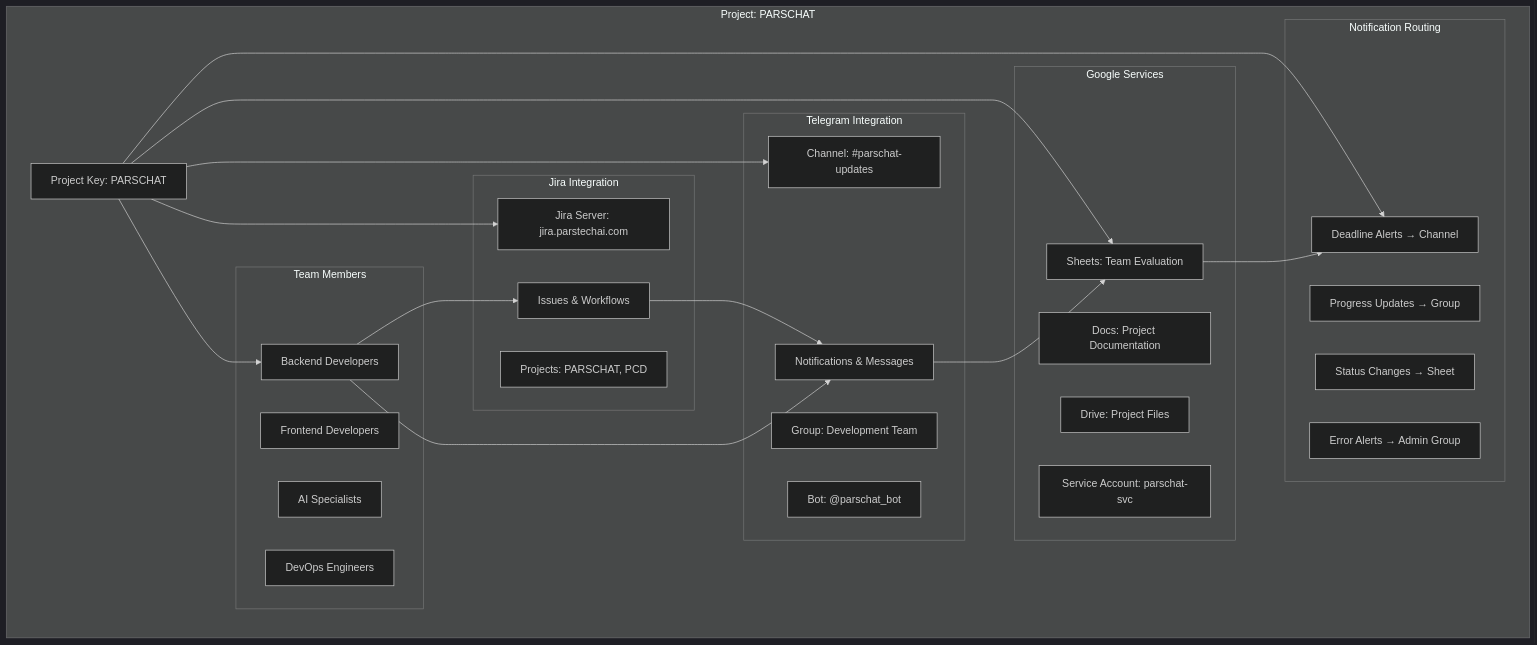
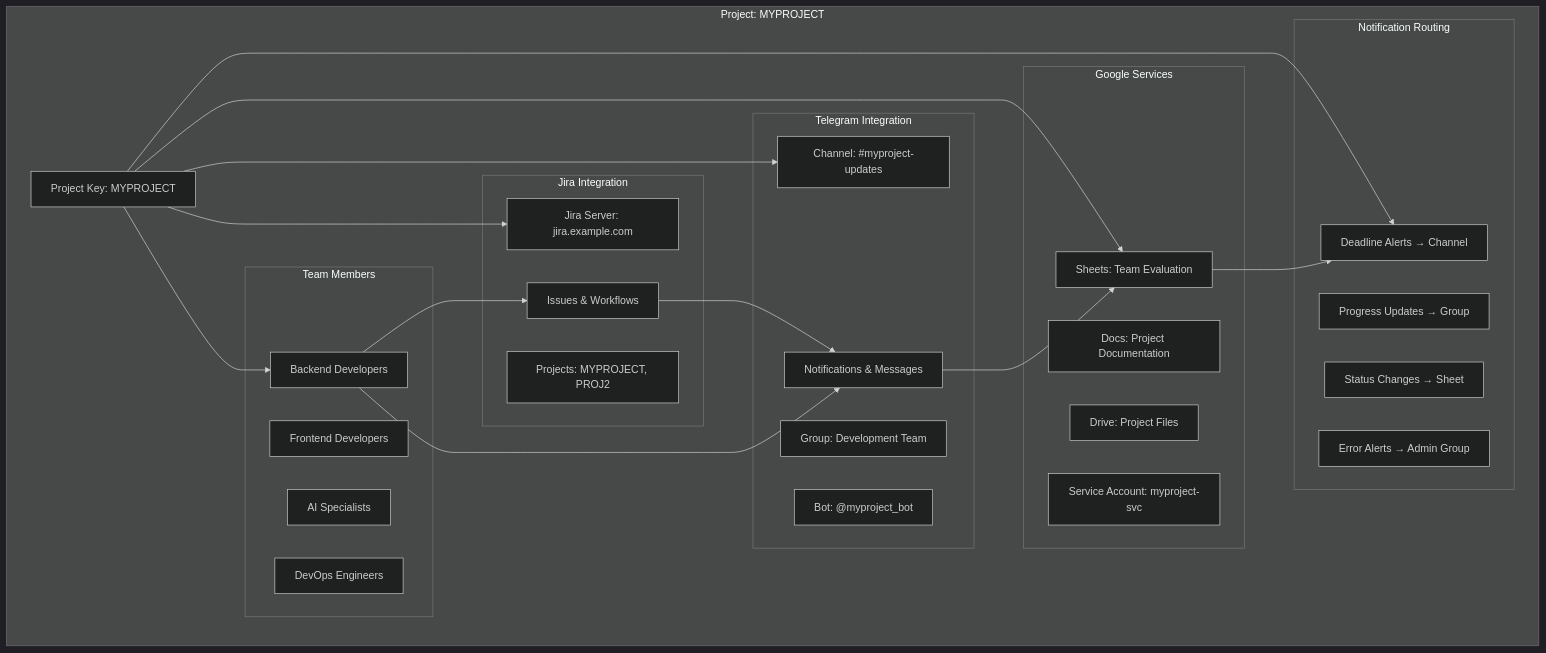
The fourth of 9 diagrams in docs/infrastructure/mongodb/mongodb-database-ecosystem.md (alikaz3mi/jira-telegram-bot), drawn with Mermaid (dark theme) before and after one commit. The commit also changed other lines of this file and 80 other files, not shown here.

First line of the commit message:
Refactor project key references

````diff
--- a/docs/infrastructure/mongodb/mongodb-database-ecosystem.md
+++ b/docs/infrastructure/mongodb/mongodb-database-ecosystem.md
@@ -241,52 +241,52 @@
 ```mermaid
 graph TB
-    subgraph "Project: PARSCHAT"
-        P1[Project Key: PARSCHAT]
+    subgraph "Project: MYPROJECT"
+        P1[Project Key: MYPROJECT]
 
         subgraph "Jira Integration"
-            J1[Jira Server: jira.parstechai.com]
-            J2[Projects: PARSCHAT, PCD]
+            J1[Jira Server: jira.example.com]
+            J2[Projects: MYPROJECT, PROJ2]
             J3[Issues & Workflows]
         end
 
         subgraph "Telegram Integration"
-            T1[Channel: #parschat-updates]
+            T1[Channel: #myproject-updates]
             T2[Group: Development Team]
-            T3[Bot: @parschat_bot]
+            T3[Bot: @myproject_bot]
             T4[Notifications & Messages]
         end
 
         subgraph "Google Services"
             G1[Sheets: Team Evaluation]
             G2[Docs: Project Documentation]
             G3[Drive: Project Files]
-            G4[Service Account: parschat-svc]
+            G4[Service Account: myproject-svc]
         end
 
         subgraph "Team Members"
             U1[Backend Developers]
             U2[Frontend Developers]
             U3[AI Specialists]
             U4[DevOps Engineers]
         end
 
         subgraph "Notification Routing"
             N1[Deadline Alerts → Channel]
             N2[Progress Updates → Group]
             N3[Status Changes → Sheet]
             N4[Error Alerts → Admin Group]
         end
     end
 
     P1 --> J1
     P1 --> T1
     P1 --> G1
     P1 --> U1
     P1 --> N1
 
     J3 --> T4
     T4 --> G1
     G1 --> N1
     U1 --> J3
     U1 --> T4
 ```
````
